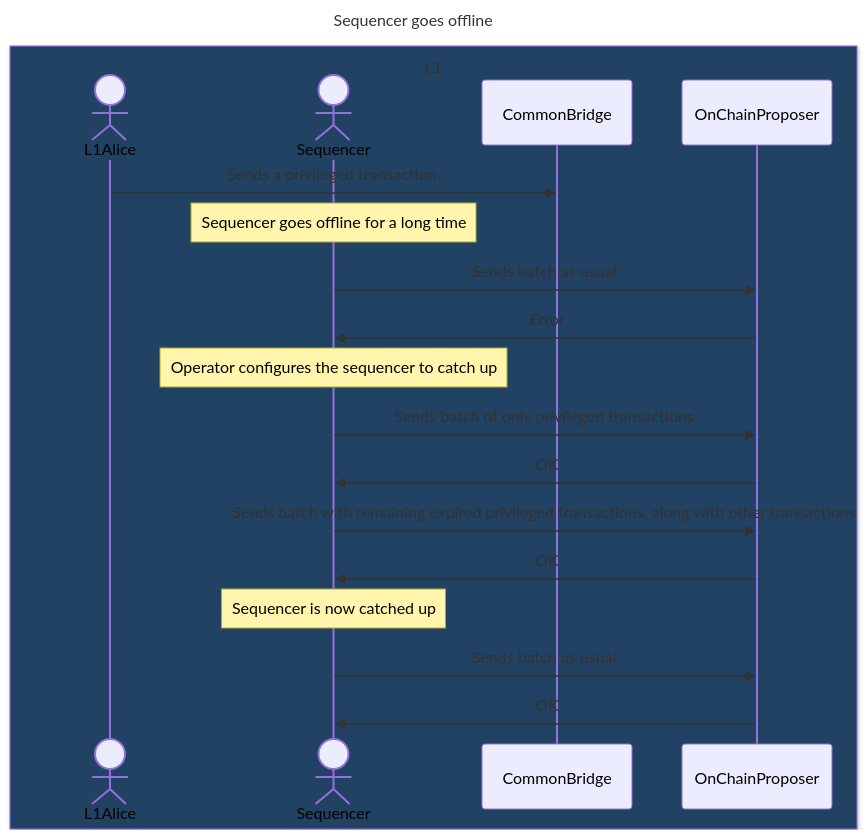
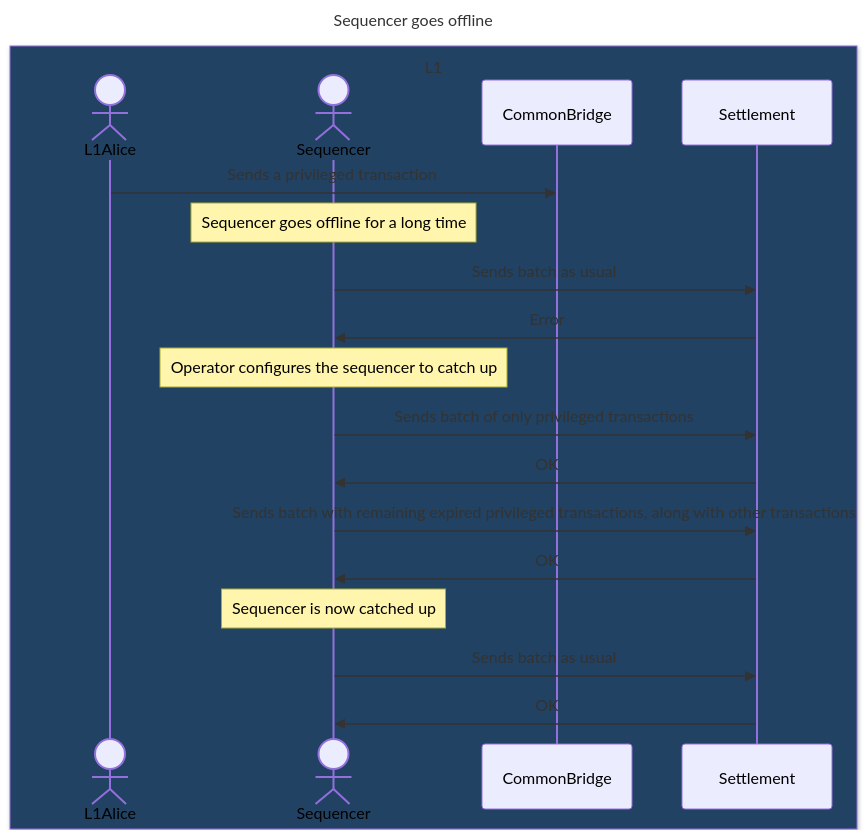
One commit to lambdaclass/ethrex changed the fourth of 4 diagrams in docs/l2/fundamentals/deposits.md. Above: the diagram before and after it, drawn with Mermaid. The commit also changed other lines of this file and 52 other files, not shown here.

Commit message:
Rename OnChainProposer -> Settlement

````diff
--- a/docs/l2/fundamentals/deposits.md
+++ b/docs/l2/fundamentals/deposits.md
@@ -260,26 +260,26 @@
 ```mermaid
 ---
 title: Sequencer goes offline
 ---
 sequenceDiagram
     box rgb(33,66,99) L1
         actor L1Alice
         actor Sequencer
         participant CommonBridge
-        participant OnChainProposer
+        participant Settlement
     end
 
     L1Alice ->> CommonBridge: Sends a privileged transaction
 
     Note over Sequencer: Sequencer goes offline for a long time
-    Sequencer ->> OnChainProposer: Sends batch as usual
-    OnChainProposer ->> Sequencer: Error
+    Sequencer ->> Settlement: Sends batch as usual
+    Settlement ->> Sequencer: Error
     Note over Sequencer: Operator configures the sequencer to catch up
-    Sequencer ->> OnChainProposer: Sends batch of only privileged transactions
-    OnChainProposer ->> Sequencer: OK
-    Sequencer ->> OnChainProposer: Sends batch with remaining expired privileged transactions, along with other transactions
-    OnChainProposer ->> Sequencer: OK
+    Sequencer ->> Settlement: Sends batch of only privileged transactions
+    Settlement ->> Sequencer: OK
+    Sequencer ->> Settlement: Sends batch with remaining expired privileged transactions, along with other transactions
+    Settlement ->> Sequencer: OK
     Note over Sequencer: Sequencer is now catched up
-    Sequencer ->> OnChainProposer: Sends batch as usual
-    OnChainProposer ->> Sequencer: OK
+    Sequencer ->> Settlement: Sends batch as usual
+    Settlement ->> Sequencer: OK
 ```
````
